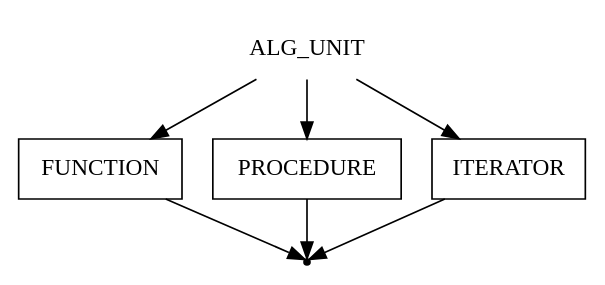
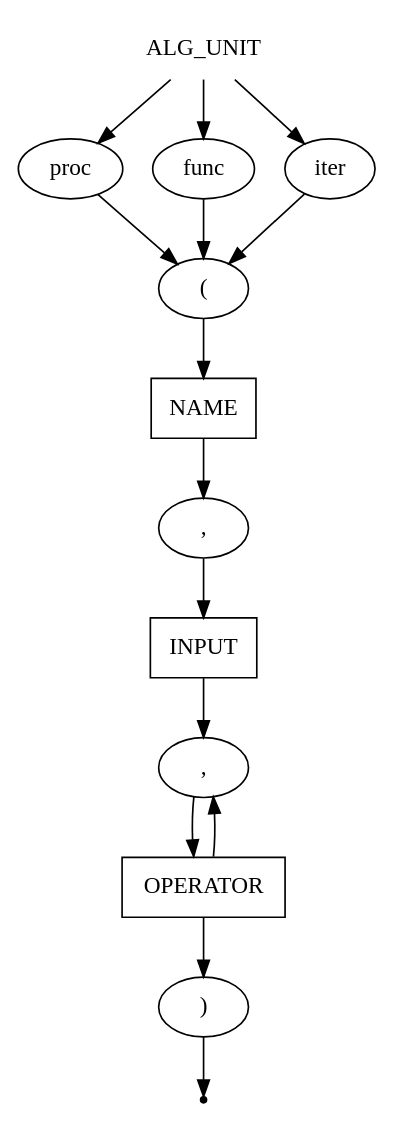
Before and after one commit to IMZolin/PSAD: the diagram in src/PSADParser/grammar/alg_unit.gv, drawn with Graphviz. The commit also changed 9 other files, not shown here.

```diff
--- a/src/PSADParser/grammar/alg_unit.gv
+++ b/src/PSADParser/grammar/alg_unit.gv
@@ -1,14 +1,29 @@
 digraph ALG_UNIT {
     start [label=ALG_UNIT shape=plaintext]
-    function [label=FUNCTION shape=box]
-    procedure [label=PROCEDURE shape=box]
-    iterator [label=ITERATOR shape=box]
+    proc [label=proc shape=oval]
+    func [label=func shape=oval]
+    iter [label=iter shape=oval]
+    br_open [label="(" shape=oval]
+    br_close [label=")" shape=oval]
+    name [label=NAME shape=box]
+    comma_1 [label="," shape=oval]
+    comma_2 [label="," shape=oval]
+    input [label=INPUT shape=box]
+    operator [label=OPERATOR shape=box]
     end [label="" shape=point]
 
-    start -> function
-    start -> procedure
-    start -> iterator
-    function -> end
-    procedure -> end
-    iterator -> end
+    start -> func
+    start -> proc
+    start -> iter
+    func -> br_open
+    proc -> br_open
+    iter -> br_open
+    br_open -> name
+    name -> comma_1
+    comma_1 -> input
+    input -> comma_2
+    comma_2 -> operator
+    operator -> comma_2
+    operator -> br_close
+    br_close -> end
 }
```
